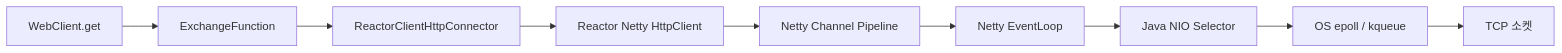
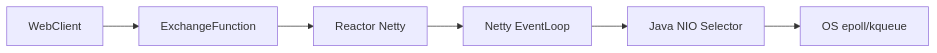
The eighth of 10 diagrams in _posts/spring/2026-05-12-webclient-thread-model.md (yjkim2015/yjkim2015.github.io), drawn with Mermaid before and after one commit. The commit also changed other lines of this file and 245 other files, not shown here.

First line of the commit message:
Mermaid 다이어그램 전면 수정 + 면접 포인트 접기/펼치기 + DB 데드락 페이지

````diff
--- a/_posts/spring/2026-05-12-webclient-thread-model.md
+++ b/_posts/spring/2026-05-12-webclient-thread-model.md
@@ -316,11 +316,8 @@
 ```mermaid
 graph LR
-    A[WebClient.get] --> B[ExchangeFunction]
-    B --> C[ReactorClientHttpConnector]
-    C --> D[Reactor Netty HttpClient]
-    D --> E[Netty Channel Pipeline]
-    E --> F[Netty EventLoop]
-    F --> G[Java NIO Selector]
-    G --> H[OS epoll / kqueue]
-    H --> I[TCP 소켓]
+    A["WebClient"] --> B["ExchangeFunction"]
+    B --> C["Reactor Netty"]
+    C --> D["Netty EventLoop"]
+    D --> E["Java NIO Selector"]
+    E --> F["OS epoll/kqueue"]
 ```
````
